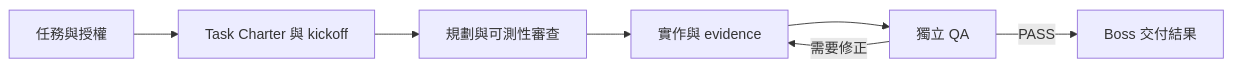
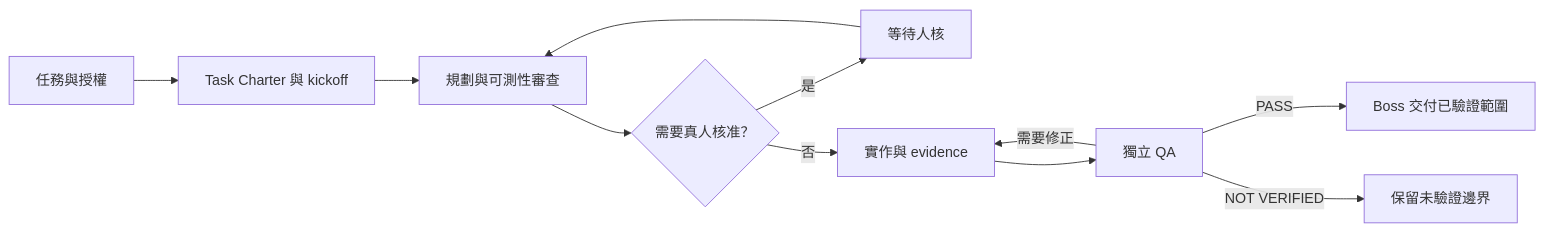
One commit to Lzxpan/workers-group changed the diagram in README.md. Above: the diagram before and after it, drawn with Mermaid. The commit also changed other lines of this file, not shown here.

````diff
--- a/README.md
+++ b/README.md
@@ -78,9 +144,13 @@
 ```mermaid
 flowchart LR
     A[任務與授權] --> B[Task Charter 與 kickoff]
     B --> C[規劃與可測性審查]
-    C --> D[實作與 evidence]
-    D --> E[獨立 QA]
-    E -->|PASS| F[Boss 交付結果]
-    E -->|需要修正| D
+    C --> D{需要真人核准？}
+    D -->|是| E[等待人核]
+    E --> C
+    D -->|否| F[實作與 evidence]
+    F --> G[獨立 QA]
+    G -->|PASS| H[Boss 交付已驗證範圍]
+    G -->|需要修正| F
+    G -->|NOT VERIFIED| I[保留未驗證邊界]
 ```
````
